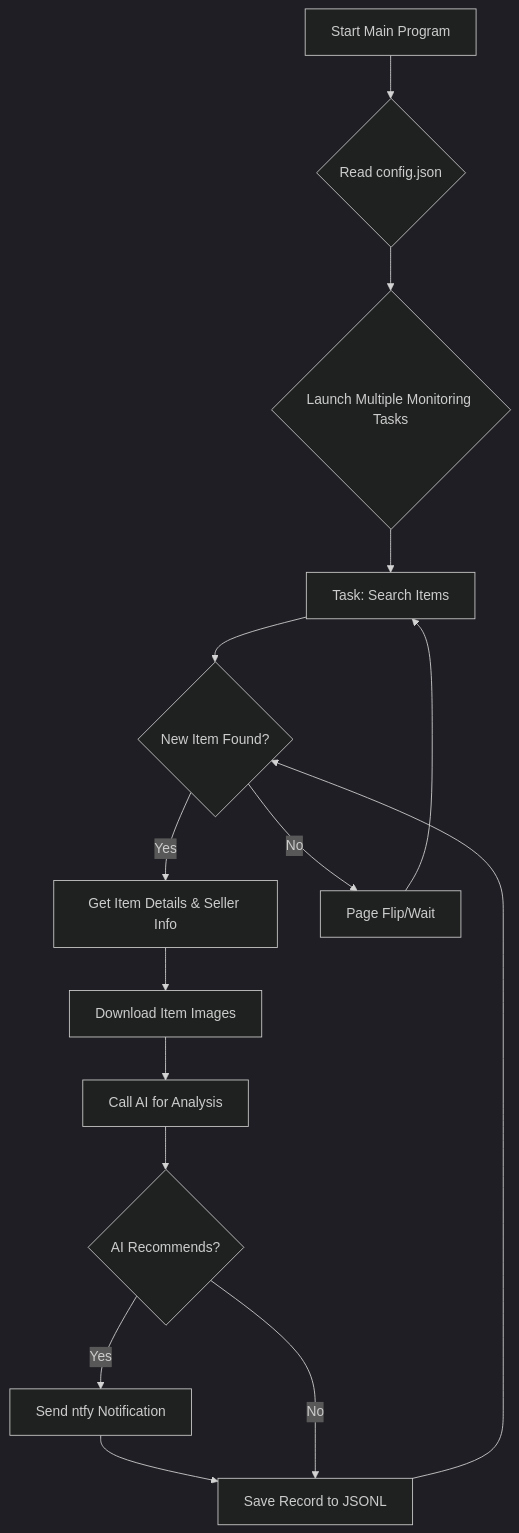
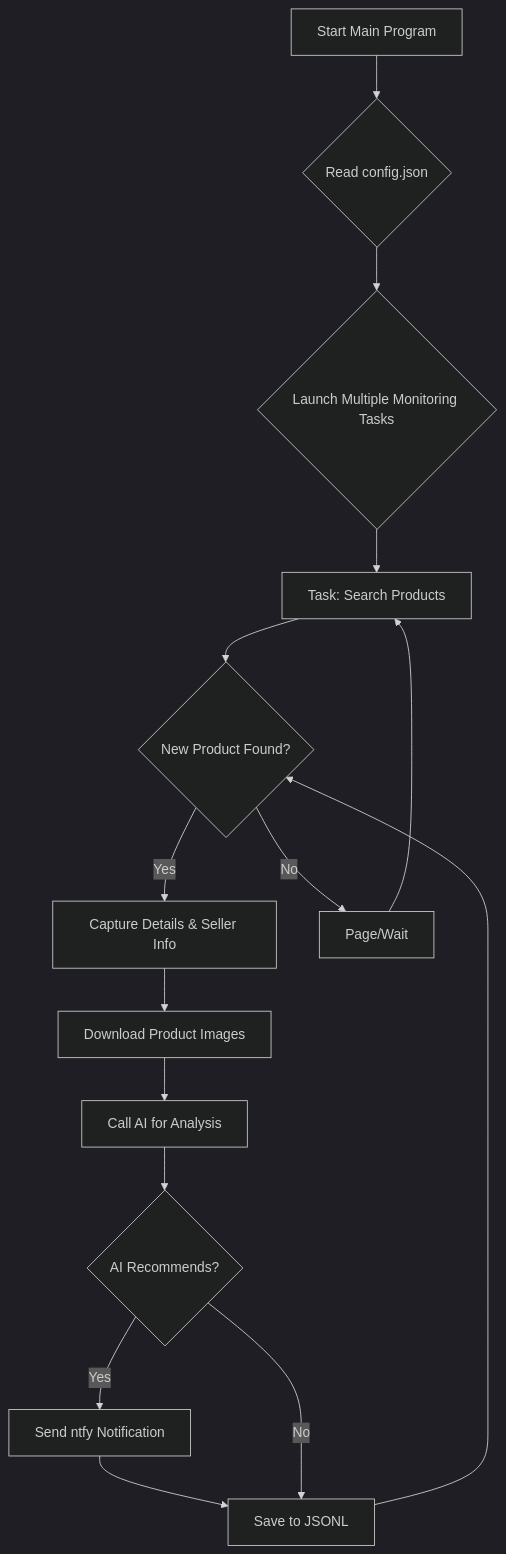
Before and after one commit to saurav-z/repo-docs: the diagram in docs/dingyufei615-ai-goofish-monitor.md, drawn with Mermaid (dark theme). The commit also changed other lines of this file and 156 other files, not shown here.

````diff
--- a/docs/dingyufei615-ai-goofish-monitor.md
+++ b/docs/dingyufei615-ai-goofish-monitor.md
@@ -146,17 +147,17 @@
 ```mermaid
 graph TD
     A[Start Main Program] --> B{Read config.json};
     B --> C{Launch Multiple Monitoring Tasks};
-    C --> D[Task: Search Items];
-    D --> E{New Item Found?};
-    E -- Yes --> F[Get Item Details & Seller Info];
-    F --> G[Download Item Images];
+    C --> D[Task: Search Products];
+    D --> E{New Product Found?};
+    E -- Yes --> F[Capture Details & Seller Info];
+    F --> G[Download Product Images];
     G --> H[Call AI for Analysis];
     H --> I{AI Recommends?};
     I -- Yes --> J[Send ntfy Notification];
-    J --> K[Save Record to JSONL];
+    J --> K[Save to JSONL];
     I -- No --> K;
-    E -- No --> L[Page Flip/Wait];
+    E -- No --> L[Page/Wait];
     L --> D;
     K --> E;
 ```
````
